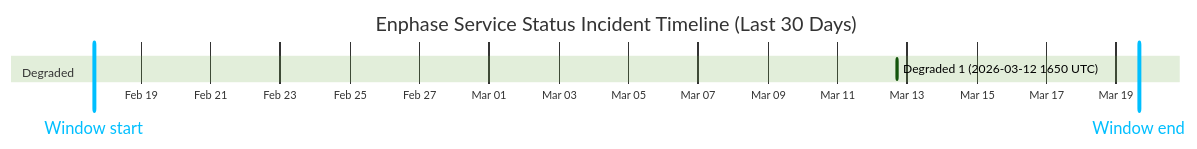
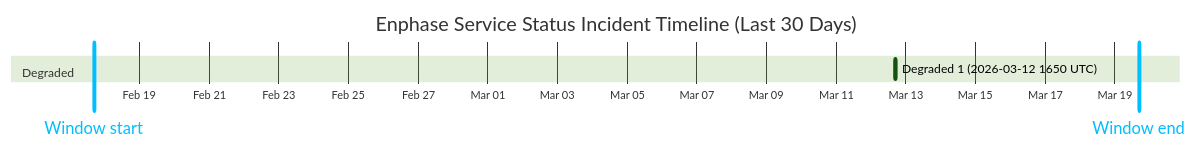
One commit to barneyonline/ha-enphase-ev-charger changed the diagram in wiki/Service-Status-History.md. Above: the diagram before and after it, drawn with Mermaid (forest theme). The commit also changed other lines of this file and 3 other files, not shown here.

````diff
--- a/wiki/Service-Status-History.md
+++ b/wiki/Service-Status-History.md
@@ -14,10 +14,10 @@
 ```mermaid
 gantt
     title Enphase Service Status Incident Timeline (Last 30 Days)
     dateFormat  YYYY-MM-DDTHH:mm:ss
     axisFormat  %b %d
-    Window start :vert, window-start, 2026-02-17T15:43:26, 0ms
-    Window end :vert, window-end, 2026-03-19T15:43:26, 0ms
+    Window start :vert, window-start, 2026-02-17T16:47:22, 0ms
+    Window end :vert, window-end, 2026-03-19T16:47:22, 0ms
     section Degraded
     Degraded 1 (2026-03-12 1650 UTC) :active, degraded-1, 2026-03-12T16:50:43, 60m
 ```
````
